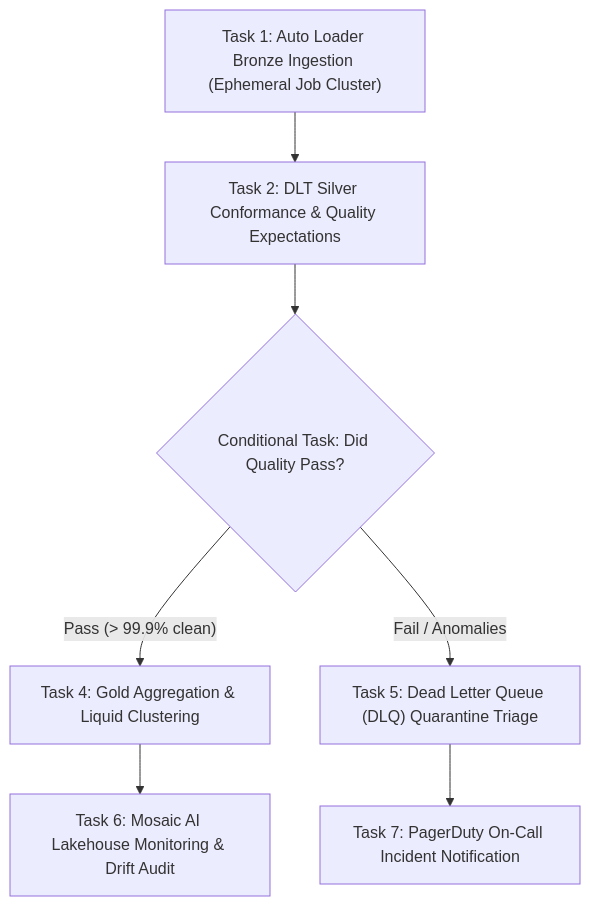
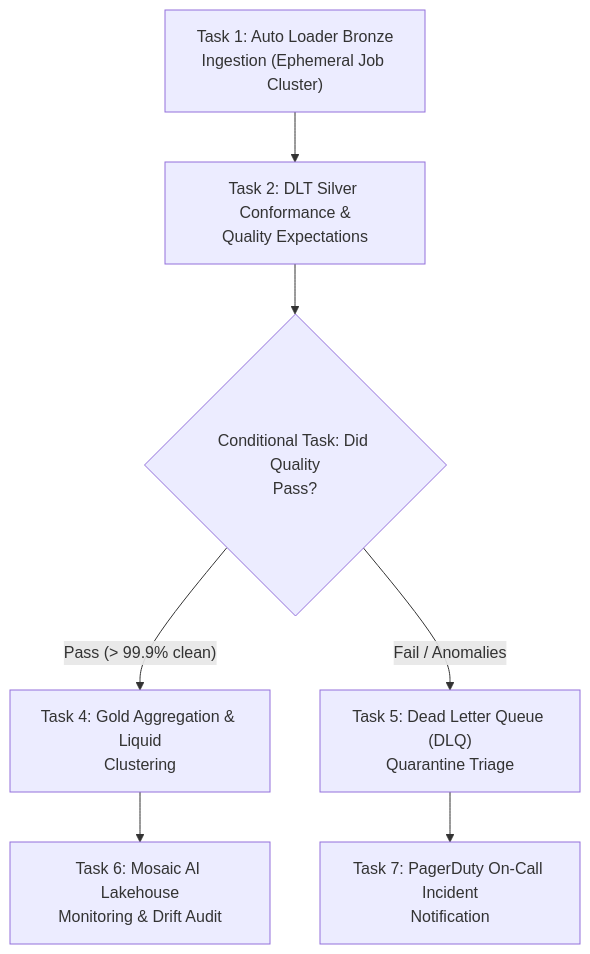
The second of 3 diagrams in architectures/04_enterprise_devops_dabs_and_lakeflow_orchestration.md (santoshjammi29/databricks-handbook), drawn with Mermaid before and after one commit. The commit also changed other lines of this file and 8 other files, not shown here.

Commit message:
fix(diagrams): word-wrap labels and escape comparison operators across all diagrams

````diff
--- a/architectures/04_enterprise_devops_dabs_and_lakeflow_orchestration.md
+++ b/architectures/04_enterprise_devops_dabs_and_lakeflow_orchestration.md
@@ -84,9 +84,9 @@
 ```mermaid
 flowchart TD
-    T1["Task 1: Auto Loader Bronze Ingestion (Ephemeral Job Cluster)"] --> T2["Task 2: DLT Silver Conformance & Quality Expectations"]
-    T2 --> T3{"Conditional Task: Did Quality Pass?"}
-    T3 -- "Pass (> 99.9% clean)" --> T4["Task 4: Gold Aggregation & Liquid Clustering"]
-    T3 -- "Fail / Anomalies" --> T5["Task 5: Dead Letter Queue (DLQ) Quarantine Triage"]
-    T4 --> T6["Task 6: Mosaic AI Lakehouse Monitoring & Drift Audit"]
-    T5 --> T7["Task 7: PagerDuty On-Call Incident Notification"]
+    T1["Task 1: Auto Loader Bronze<br/>Ingestion (Ephemeral Job Cluster)"] --> T2["Task 2: DLT Silver Conformance &<br/>Quality Expectations"]
+    T2 --> T3{"Conditional Task: Did Quality<br/>Pass?"}
+    T3 -- "Pass (&gt; 99.9% clean)" --> T4["Task 4: Gold Aggregation & Liquid<br/>Clustering"]
+    T3 -- "Fail / Anomalies" --> T5["Task 5: Dead Letter Queue (DLQ)<br/>Quarantine Triage"]
+    T4 --> T6["Task 6: Mosaic AI Lakehouse<br/>Monitoring & Drift Audit"]
+    T5 --> T7["Task 7: PagerDuty On-Call Incident<br/>Notification"]
 ```
````
